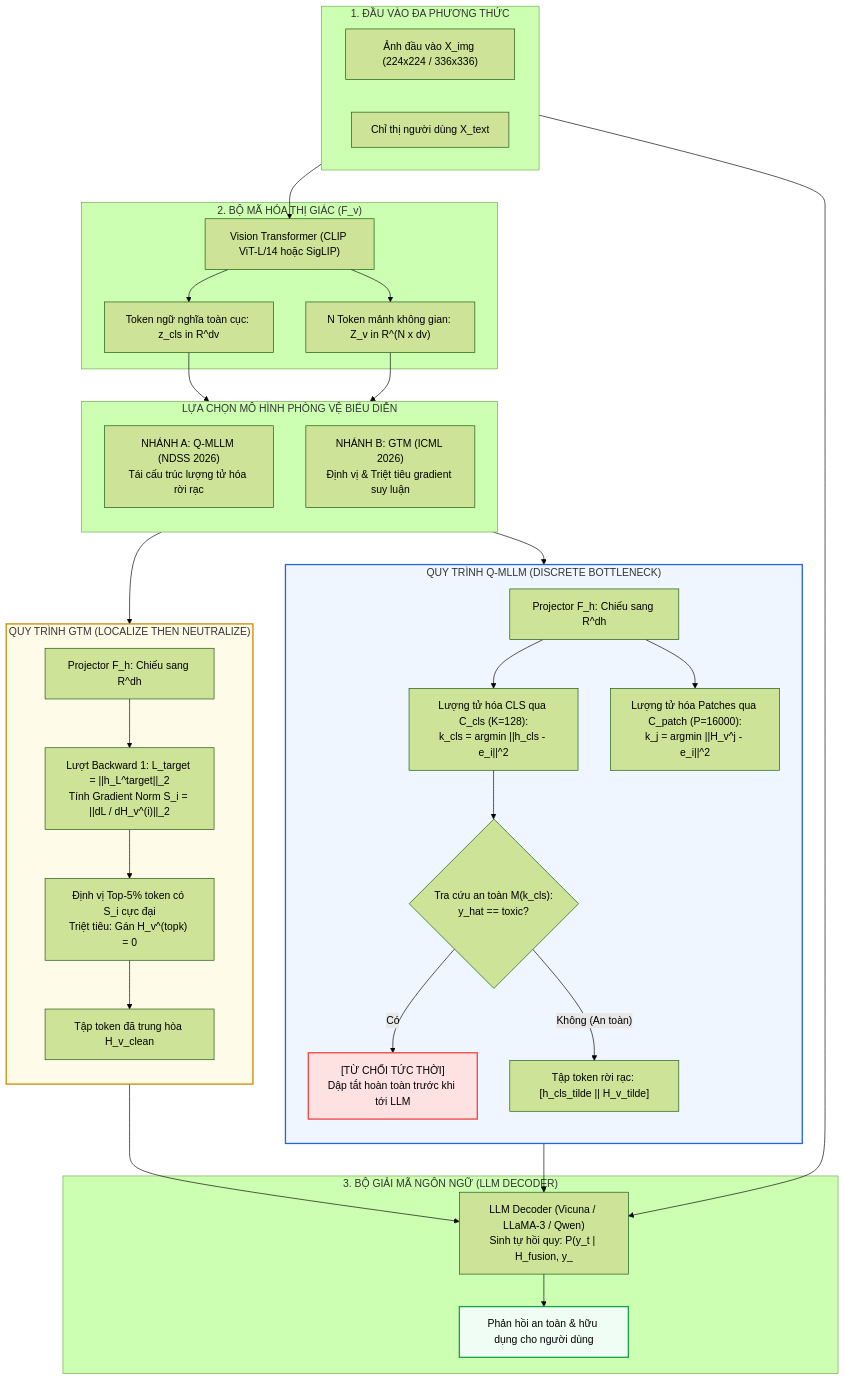
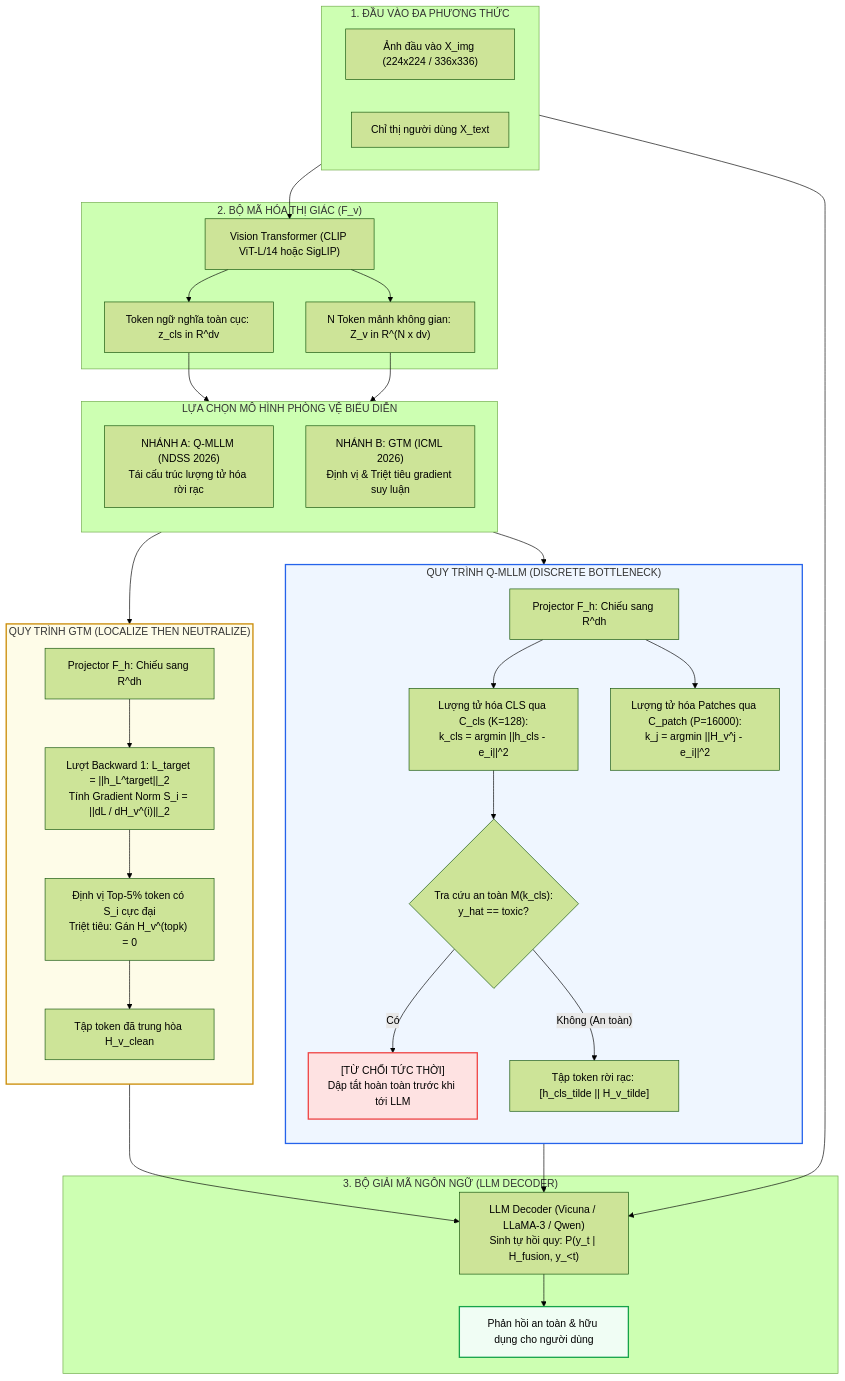
One commit to tuandung222/model-based-vpi-defenses changed the diagram in papers/qmllm/index.md. Above: the diagram before and after it, drawn with Mermaid (forest theme). The commit also changed 36 other files, not shown here.

First line of the commit message:
fix(docs): correct venue/arXiv ids (ARGUS CVPR 2026, WARD ICML 2026, VLGuard), add LICENSE, split single-line display math, fix tables/mermaid, extend linter

````diff
--- a/papers/qmllm/index.md
+++ b/papers/qmllm/index.md
@@ -81,67 +81,67 @@
 ```mermaid
 flowchart TD
     subgraph INPUT_STAGE["1. ĐẦU VÀO ĐA PHƯƠNG THỨC"]
         direction LR
         ImageInput["Ảnh đầu vào X_img (224x224 / 336x336)"]
         TextInput["Chỉ thị người dùng X_text"]
     end
 
     subgraph VISION_ENCODER["2. BỘ MÃ HÓA THỊ GIÁC (F_v)"]
         ViT["Vision Transformer (CLIP ViT-L/14 hoặc SigLIP)"]
         ImageInput --> ViT
         ViT --> FeatCLS["Token ngữ nghĩa toàn cục: z_cls in R^dv"]
         ViT --> FeatPatch["N Token mảnh không gian: Z_v in R^(N x dv)"]
     end
 
     subgraph SEPARATION_BRANCH["LỰA CHỌN MÔ HÌNH PHÒNG VỆ BIỂU DIỄN"]
         direction TB
         BranchA["NHÁNH A: Q-MLLM (NDSS 2026)<br/>Tái cấu trúc lượng tử hóa rời rạc"]
         BranchB["NHÁNH B: GTM (ICML 2026)<br/>Định vị & Triệt tiêu gradient suy luận"]
     end
 
     FeatCLS --> SEPARATION_BRANCH
     FeatPatch --> SEPARATION_BRANCH
 
     subgraph QMLLM_PIPELINE["QUY TRÌNH Q-MLLM (DISCRETE BOTTLENECK)"]
         direction TB
         ProjA["Projector F_h: Chiếu sang R^dh"]
         VQ_CLS["Lượng tử hóa CLS qua C_cls (K=128):<br/>k_cls = argmin ||h_cls - e_i||^2"]
         VQ_Patch["Lượng tử hóa Patches qua C_patch (P=16000):<br/>k_j = argmin ||H_v^j - e_i||^2"]
         FastGate{"Tra cứu an toàn M(k_cls):<br/>y_hat == toxic?"}
         AbortEarly["[TỪ CHỐI TỨC THỜI]<br/>Dập tắt hoàn toàn trước khi tới LLM"]
         QuantizedTokens["Tập token rời rạc: [h_cls_tilde || H_v_tilde]"]
         
         ProjA --> VQ_CLS & VQ_Patch
         VQ_CLS --> FastGate
         FastGate -- "Có" --> AbortEarly
         FastGate -- "Không (An toàn)" --> QuantizedTokens
     end
 
     subgraph GTM_PIPELINE["QUY TRÌNH GTM (LOCALIZE THEN NEUTRALIZE)"]
         direction TB
         ProjB["Projector F_h: Chiếu sang R^dh"]
         ForwardBackPass["Lượt Backward 1: L_target = ||h_L^target||_2<br/>Tính Gradient Norm S_i = ||dL / dH_v^(i)||_2"]
         TopKSuppress["Định vị Top-5% token có S_i cực đại<br/>Triệt tiêu: Gán H_v^(topk) = 0"]
         CleanedTokens["Tập token đã trung hòa H_v_clean"]
 
         ProjB --> ForwardBackPass --> TopKSuppress --> CleanedTokens
     end
 
     BranchA --> ProjA
     BranchB --> ProjB
 
     subgraph LLM_GENERATION["3. BỘ GIẢI MÃ NGÔN NGỮ (LLM DECODER)"]
-        LLM_Core["LLM Decoder (Vicuna / LLaMA-3 / Qwen)<br/>Sinh tự hồi quy: P(y_t | H_fusion, y_<t)"]
+        LLM_Core["LLM Decoder (Vicuna / LLaMA-3 / Qwen)<br/>Sinh tự hồi quy: P(y_t | H_fusion, y_#lt;t)"]
         SafeResponse["Phản hồi an toàn & hữu dụng cho người dùng"]
         
         TextInput --> LLM_Core
         QuantizedTokens --> LLM_Core
         CleanedTokens --> LLM_Core
         LLM_Core --> SafeResponse
     end
 
     style AbortEarly fill:#fee2e2,stroke:#ef4444,stroke-width:2px
     style SafeResponse fill:#f0fdf4,stroke:#16a34a,stroke-width:2px
     style QMLLM_PIPELINE fill:#eff6ff,stroke:#2563eb,stroke-width:2px
     style GTM_PIPELINE fill:#fefce8,stroke:#ca8a04,stroke-width:2px
 ```
````
